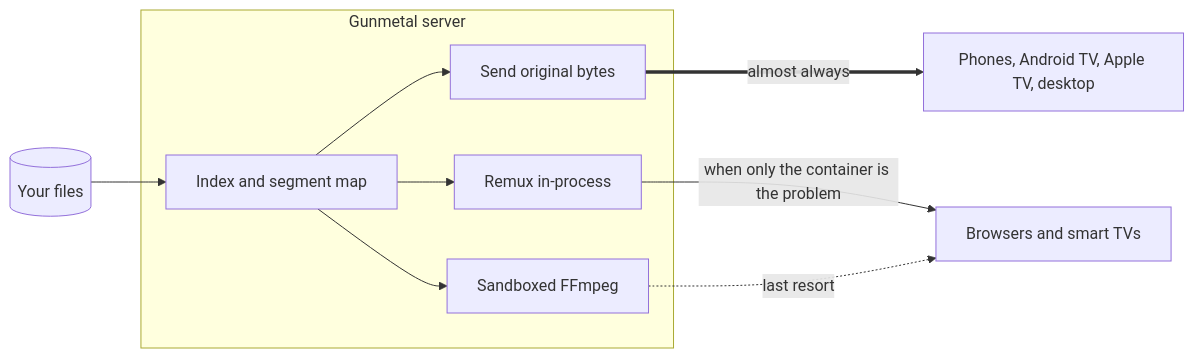
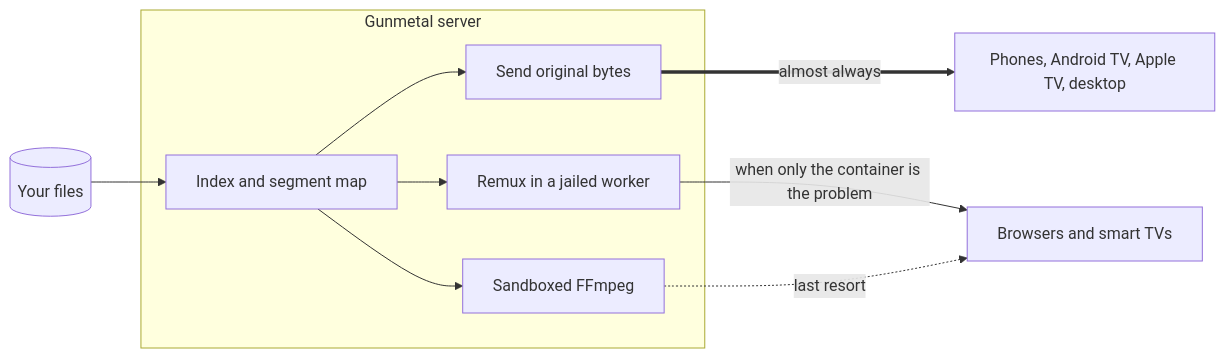
Before and after one commit to itz4blitz/gunmetal: the diagram in README.md, drawn with Mermaid. The commit also changed other lines of this file and 8 other files, not shown here.

````diff
--- a/README.md
+++ b/README.md
@@ -47,15 +47,15 @@
 ```mermaid
 flowchart LR
     files[(Your files)] --> index
 
     subgraph server [Gunmetal server]
         index[Index and segment map]
         index --> direct[Send original bytes]
-        index --> remux[Remux in-process]
+        index --> remux[Remux in a jailed worker]
         index --> jail[Sandboxed FFmpeg]
     end
 
     direct ==>|almost always| full[Phones, Android TV, Apple TV, desktop]
     remux -->|when only the container is the problem| thin[Browsers and smart TVs]
     jail -.->|last resort| thin
 ```
````
